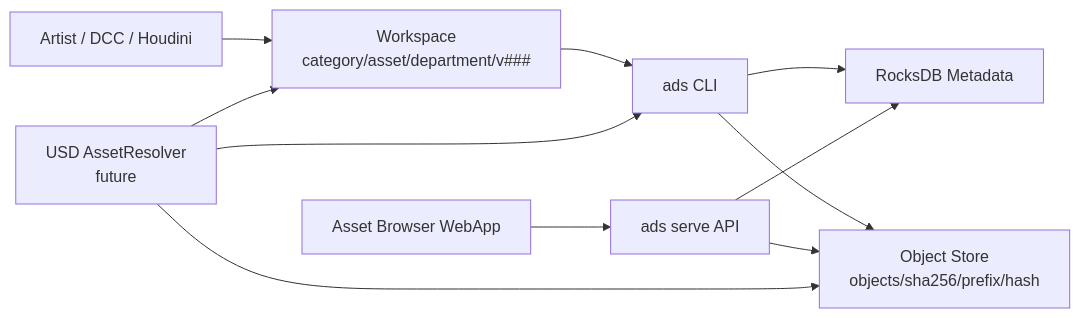
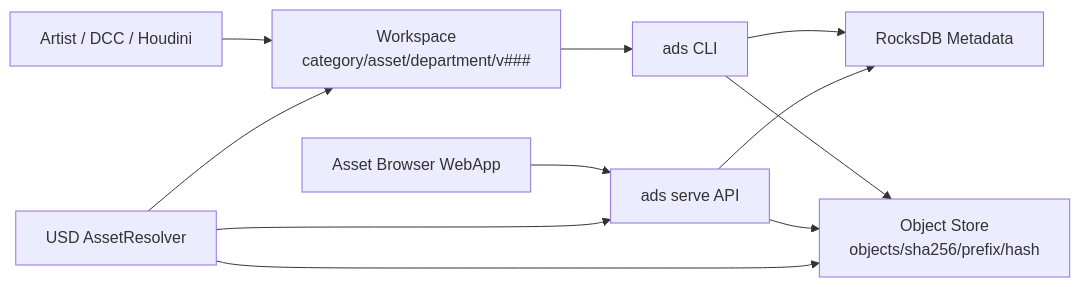
One commit to K240/ADS changed the first of 3 diagrams in docs/WHITEPAPER.ja.md. Above: the diagram before and after it, drawn with Mermaid. The commit also changed other lines of this file and 9 other files, not shown here.

````diff
--- a/docs/WHITEPAPER.ja.md
+++ b/docs/WHITEPAPER.ja.md
@@ -105,13 +107,13 @@
 ```mermaid
 flowchart LR
     Artist["Artist / DCC / Houdini"] --> Workspace["Workspace\ncategory/asset/department/v###"]
     Workspace --> CLI["ads CLI"]
     CLI --> DB["RocksDB Metadata"]
     CLI --> Objects["Object Store\nobjects/sha256/prefix/hash"]
     Web["Asset Browser WebApp"] --> API["ads serve API"]
     API --> DB
     API --> Objects
-    Resolver["USD AssetResolver\nfuture"] --> CLI
+    Resolver["USD AssetResolver"] --> API
     Resolver --> Workspace
     Resolver --> Objects
 ```
````
